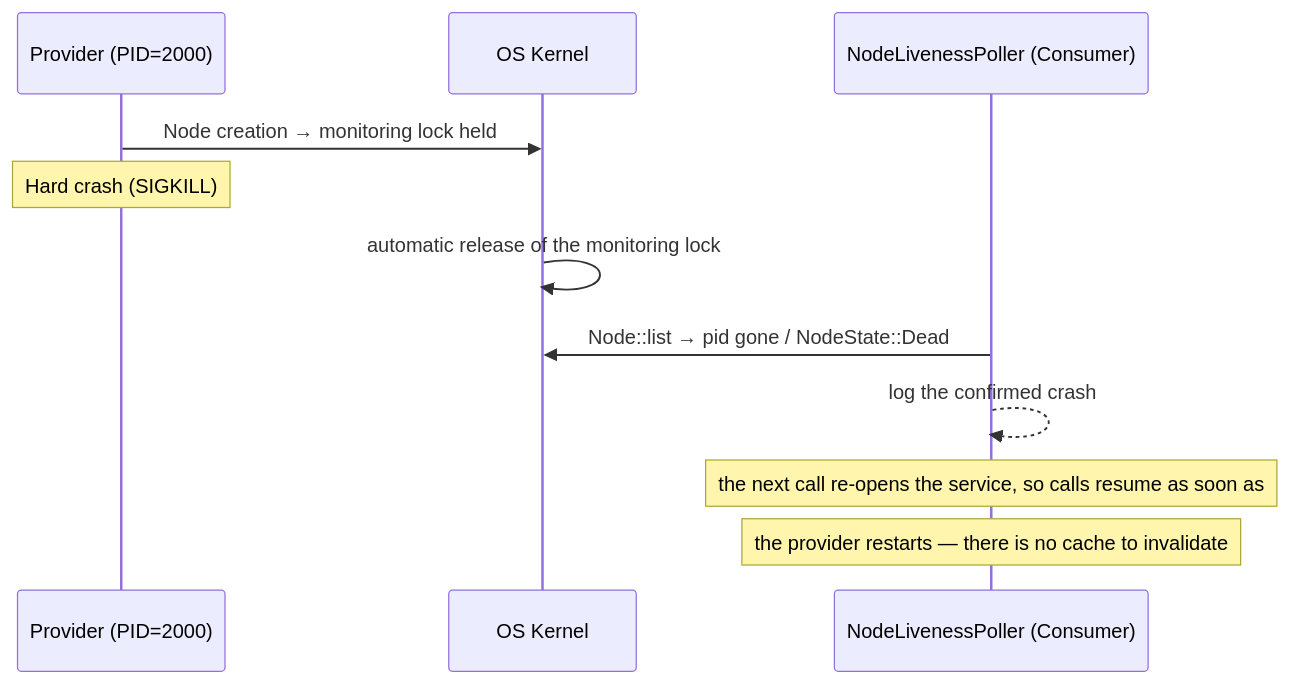
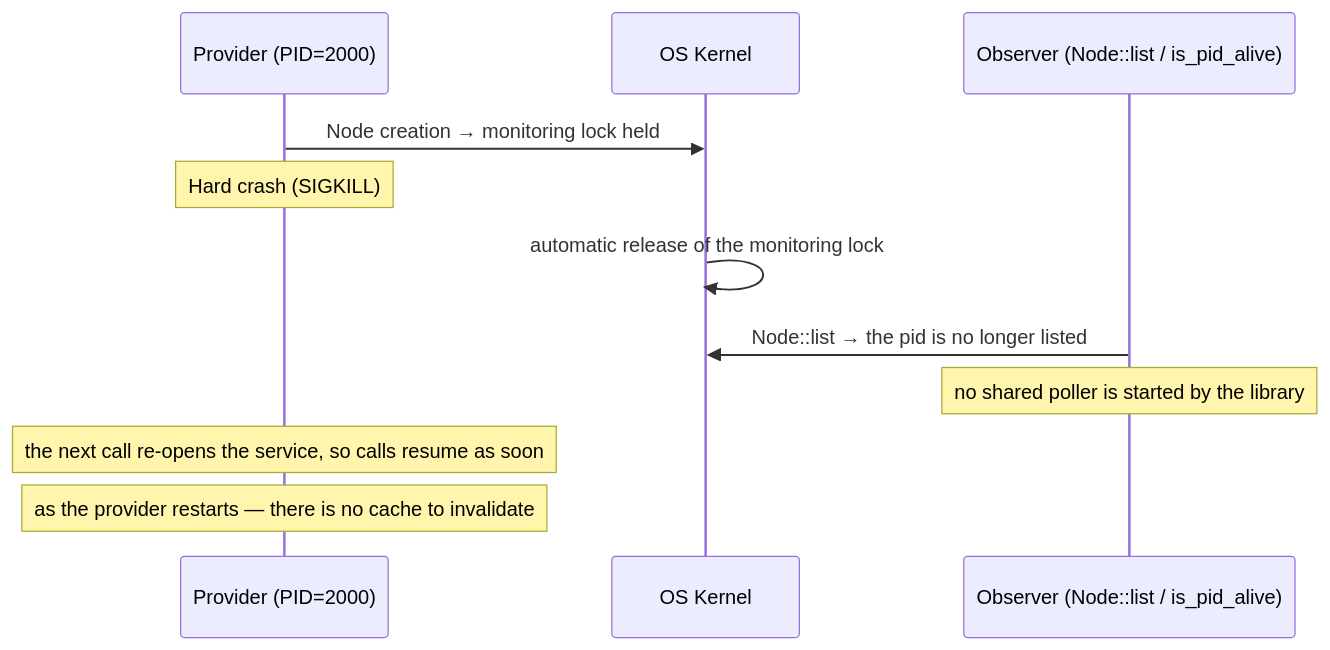
The second of 4 diagrams in Readme.md (max3163/ice-rpc), drawn with Mermaid before and after one commit. The commit also changed other lines of this file and 9 other files, not shown here.

Commit message:
feat(liveness): implement node liveness monitoring and remove legacy code

````diff
--- a/Readme.md
+++ b/Readme.md
@@ -50,14 +56,14 @@
 ```mermaid
 sequenceDiagram
     participant P as Provider (PID=2000)
     participant Kernel as OS Kernel
-    participant WL as NodeLivenessPoller (Consumer)
+    participant Obs as Observer (Node::list / is_pid_alive)
 
     P->>Kernel: Node creation → monitoring lock held
     Note over P: Hard crash (SIGKILL)
     Kernel->>Kernel: automatic release of the monitoring lock
-    WL->>Kernel: Node::list → pid gone / NodeState::Dead
-    WL-->>WL: log the confirmed crash
-    Note over WL: the next call re-opens the service, so calls resume as soon as
-    Note over WL: the provider restarts — there is no cache to invalidate
+    Obs->>Kernel: Node::list → the pid is no longer listed
+    Note over Obs: no shared poller is started by the library
+    Note over P: the next call re-opens the service, so calls resume as soon
+    Note over P: as the provider restarts — there is no cache to invalidate
 ```
````
